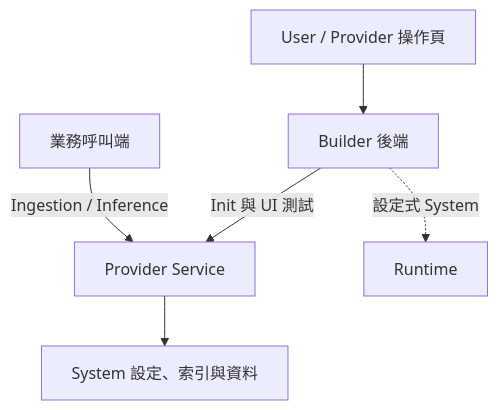
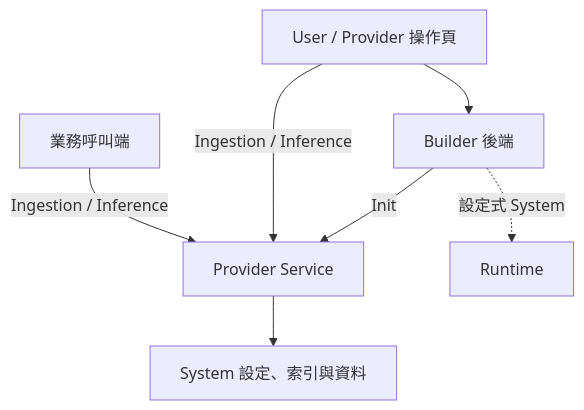
One commit to SunnyWenwen/rag_platform changed the first of 4 diagrams in router_method/architecture.md. Above: the diagram before and after it, drawn with Mermaid. The commit also changed other lines of this file and 7 other files, not shown here.

Commit message:
Call provider operations from the browser and show init responses

````diff
--- a/router_method/architecture.md
+++ b/router_method/architecture.md
@@ -5,8 +5,9 @@
 ```mermaid
 flowchart TD
     U["User / Provider 操作頁"] --> B["Builder 後端"]
-    B -->|"Init 與 UI 測試"| P["Provider Service"]
+    B -->|Init| P["Provider Service"]
+    U -->|"Ingestion / Inference"| P
     C["業務呼叫端"] -->|"Ingestion / Inference"| P
     P --> D["System 設定、索引與資料"]
     B -.->|"設定式 System"| R["Runtime"]
 ```
````
